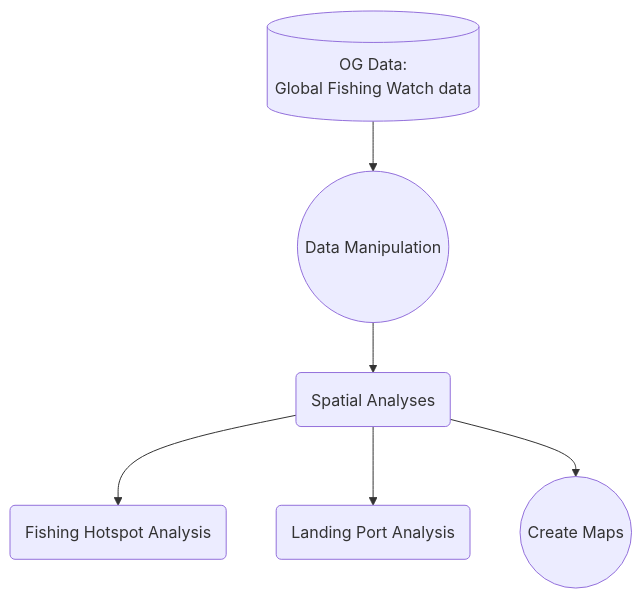
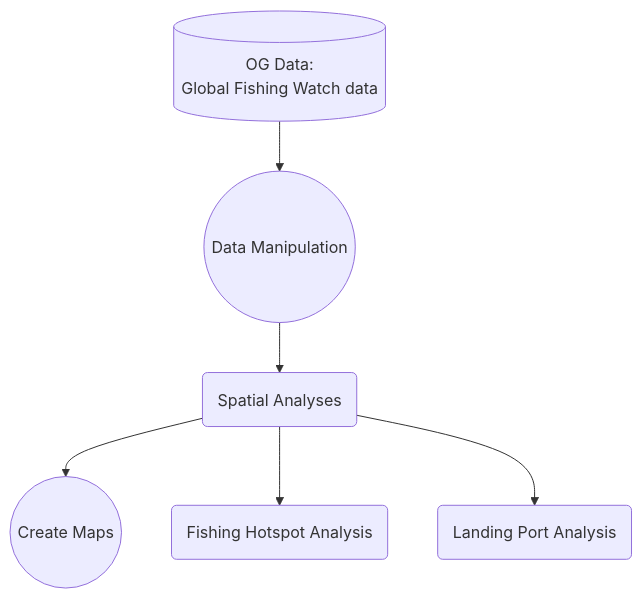
Before and after one commit to cake-oh/supply-chain: the diagram in mermaid_trial.md, drawn with Mermaid.

````diff
--- a/mermaid_trial.md
+++ b/mermaid_trial.md
@@ -4,12 +4,13 @@
 ``` mermaid
 flowchart TD
 
 id1[(OG Data: \nGlobal Fishing Watch data)] --> id2((Data Manipulation))
 id2((Data Manipulation)) --> id3((Spatial Analyses))
+id3(Spatial Analyses) --> id6((Create Maps))
 id3(Spatial Analyses) --> id4(Fishing Hotspot Analysis)
 id3(Spatial Analyses) --> id5(Landing Port Analysis)
-id3(Spatial Analyses) --> id6((Create Maps))
+
 
 
 
 ```
````
